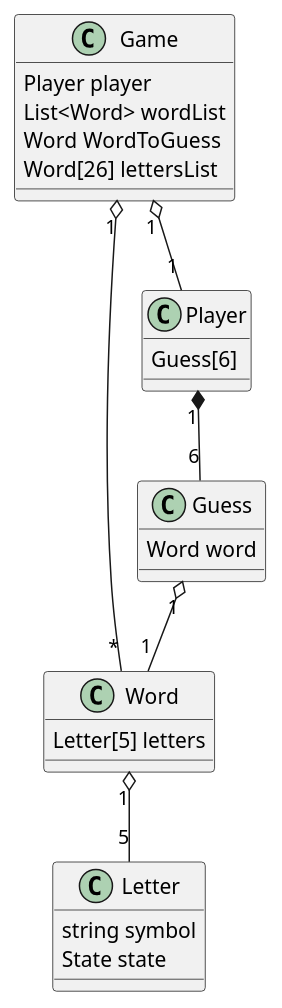
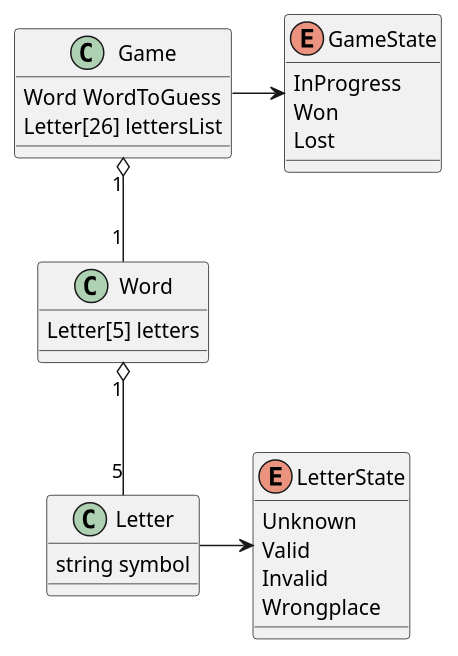
One commit to ZakyChagn/Wordle changed the diagram in docs/class.plantuml. Above: the diagram before and after it, drawn with PlantUML.

```diff
--- a/docs/class.plantuml
+++ b/docs/class.plantuml
@@ -1,37 +1,33 @@
 @startuml Wordle
 class Word{
     Letter[5] letters
 }
 
 class Letter{
     string symbol
-    State state
 }
 
 class Game{
-    Player player
-    List<Word> wordList
     Word WordToGuess
-    Word[26] lettersList
+    Letter[26] lettersList
 }
 
-class Guess{
-    Word word
+enum GameState{
+    InProgress
+    Won
+    Lost
 }
 
-class Player{
-    Guess[6]
+enum LetterState{
+    Unknown
+    Valid
+    Invalid
+    Wrongplace
 }
 
-
 Word "1" o-- "5" Letter
-
-Player "1" *-- "6" Guess
-
-Game "1" o-- "1" Player
-Game "1" o-- "*" Word
-
-Guess "1" o-- "1" Word
-
+Game -> GameState
+Letter -> LetterState
+Game "1" o-- "1" Word
 
 @enduml
```
